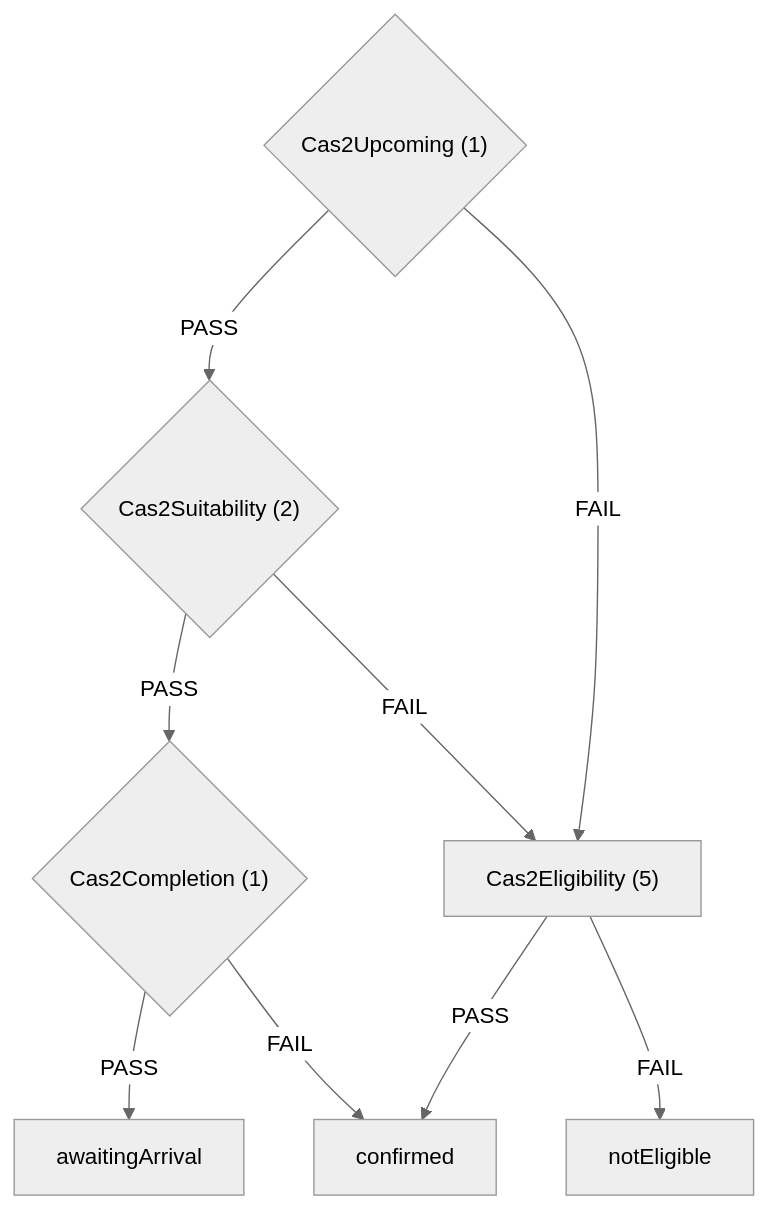
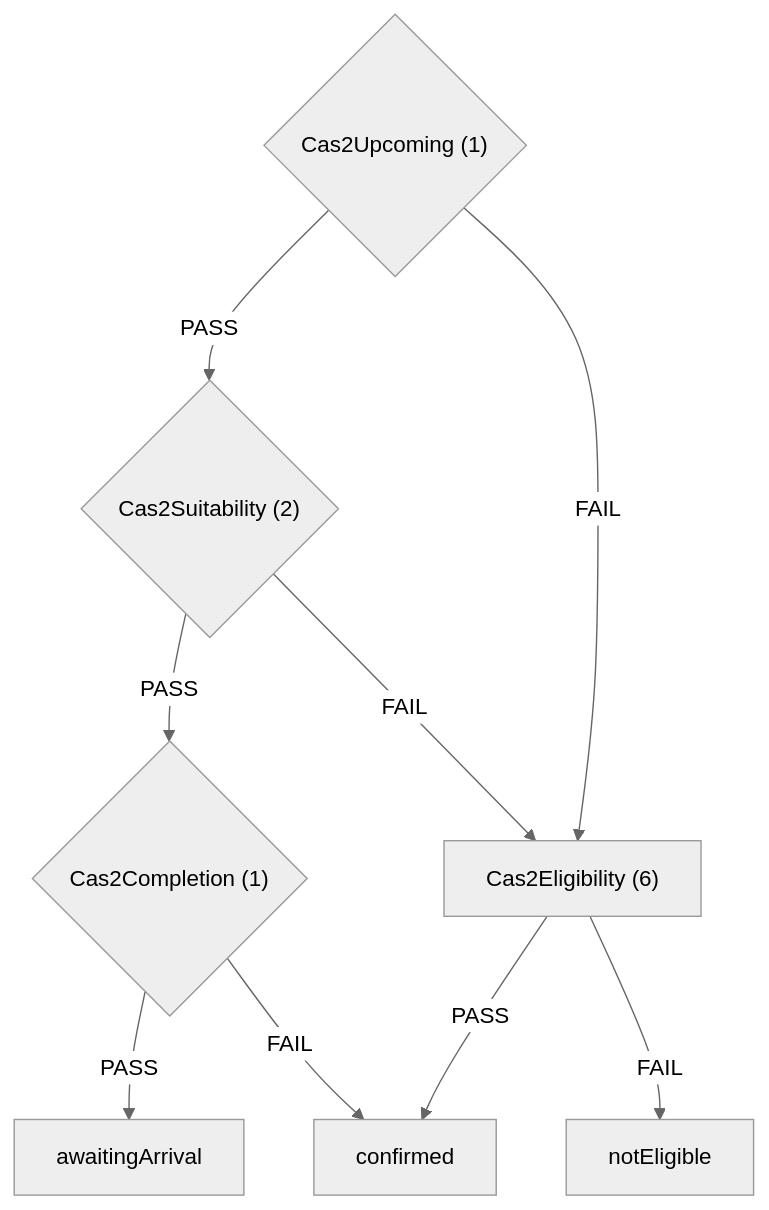
One commit to ministryofjustice/hmpps-single-accommodation-service-api changed the second of 6 diagrams in docs/eligibility-rules-graph.md. Above: the diagram before and after it, drawn with Mermaid (neutral theme). The commit also changed other lines of this file and 9 other files, not shown here.

````diff
--- a/docs/eligibility-rules-graph.md
+++ b/docs/eligibility-rules-graph.md
@@ -83,18 +83,18 @@
 ```mermaid
 flowchart TD
   Cas2Upcoming{"Cas2Upcoming (1)"}
   Cas2Suitability{"Cas2Suitability (2)"}
   Cas2Completion{"Cas2Completion (1)"}
   awaitingArrival["awaitingArrival"]
   confirmed["confirmed"]
-  Cas2Eligibility["Cas2Eligibility (5)"]
+  Cas2Eligibility["Cas2Eligibility (6)"]
   notEligible["notEligible"]
   Cas2Completion -->|PASS| awaitingArrival
   Cas2Completion -->|FAIL| confirmed
   Cas2Eligibility -->|PASS| confirmed
   Cas2Eligibility -->|FAIL| notEligible
   Cas2Suitability -->|PASS| Cas2Completion
   Cas2Suitability -->|FAIL| Cas2Eligibility
   Cas2Upcoming -->|PASS| Cas2Suitability
   Cas2Upcoming -->|FAIL| Cas2Eligibility
 ```
````
